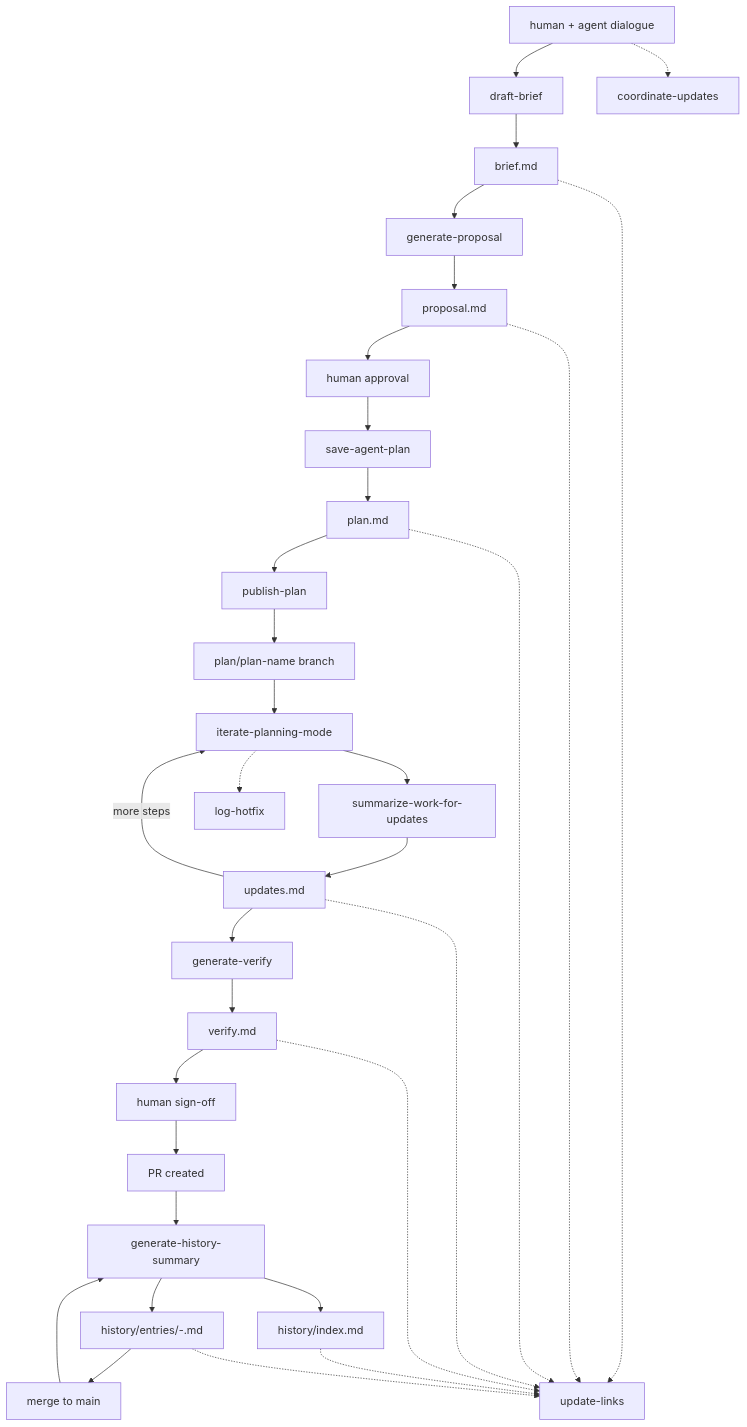
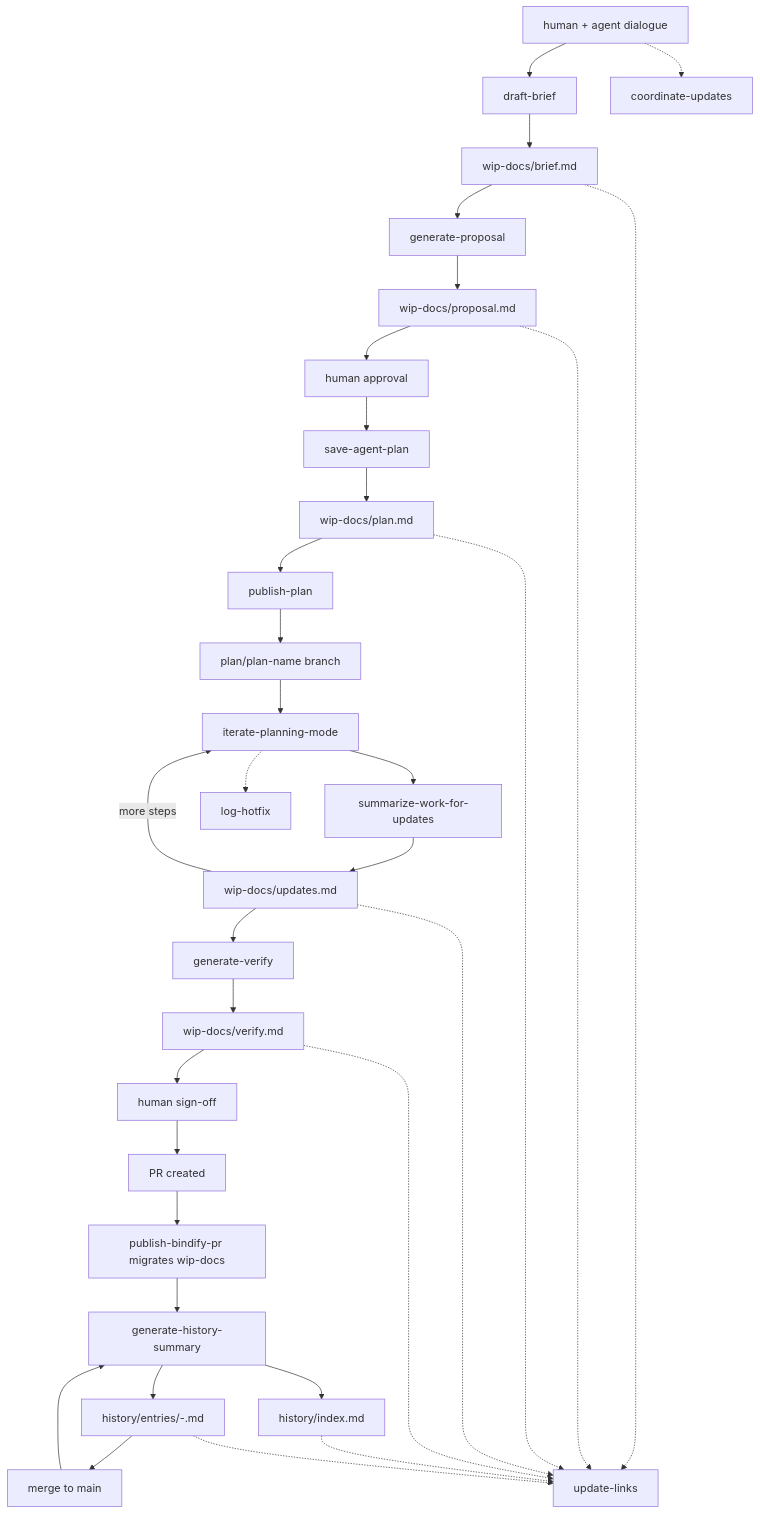
The diagram in bindify/SKILL.md (den-ree/blanche-skills), drawn with Mermaid before and after one commit. The commit also changed other lines of this file and 24 other files, not shown here.

First line of the commit message:
Stage active Bindify plans in wip-docs and clarify skill vs tracking paths.

````diff
--- a/bindify/SKILL.md
+++ b/bindify/SKILL.md
@@ -37,61 +51,63 @@
 ```mermaid
 flowchart TD
     dialogue["human + agent dialogue"]
     draftBrief["draft-brief"]
-    briefMd["brief.md"]
+    briefMd["wip-docs/brief.md"]
     genProposal["generate-proposal"]
-    proposalMd["proposal.md"]
+    proposalMd["wip-docs/proposal.md"]
     humanApproval["human approval"]
     savePlan["save-agent-plan"]
-    planMd["plan.md"]
+    planMd["wip-docs/plan.md"]
     publishPlan["publish-plan"]
     planBranch["plan/plan-name branch"]
     iterate["iterate-planning-mode"]
     summarize["summarize-work-for-updates"]
-    updatesMd["updates.md"]
+    updatesMd["wip-docs/updates.md"]
     genVerify["generate-verify"]
-    verifyMd["verify.md"]
+    verifyMd["wip-docs/verify.md"]
+    migrate["publish-bindify-pr migrates wip-docs"]
     genHistory["generate-history-summary"]
     historyIndex["history/index.md"]
     historyEntry["history/entries/<date>-<slug>.md"]
     humanSignoff["human sign-off"]
     prCreated["PR created"]
     mergeMain["merge to main"]
 
     coordinate["coordinate-updates"]
     logHotfix["log-hotfix"]
     updateLinks["update-links"]
 
     dialogue --> draftBrief
     draftBrief --> briefMd
     briefMd --> genProposal
     genProposal --> proposalMd
     proposalMd --> humanApproval
     humanApproval --> savePlan
     savePlan --> planMd
     planMd --> publishPlan
     publishPlan --> planBranch
     planBranch --> iterate
     iterate --> summarize
     summarize --> updatesMd
     updatesMd -->|"more steps"| iterate
     updatesMd --> genVerify
     genVerify --> verifyMd
     verifyMd --> humanSignoff
     humanSignoff --> prCreated
-    prCreated --> genHistory
+    prCreated --> migrate
+    migrate --> genHistory
     genHistory --> historyEntry
     genHistory --> historyIndex
     historyEntry --> mergeMain
     mergeMain --> genHistory
 
     dialogue -.-> coordinate
     iterate -.-> logHotfix
     briefMd -.-> updateLinks
     proposalMd -.-> updateLinks
     planMd -.-> updateLinks
     updatesMd -.-> updateLinks
     verifyMd -.-> updateLinks
     historyIndex -.-> updateLinks
     historyEntry -.-> updateLinks
 ```
````
